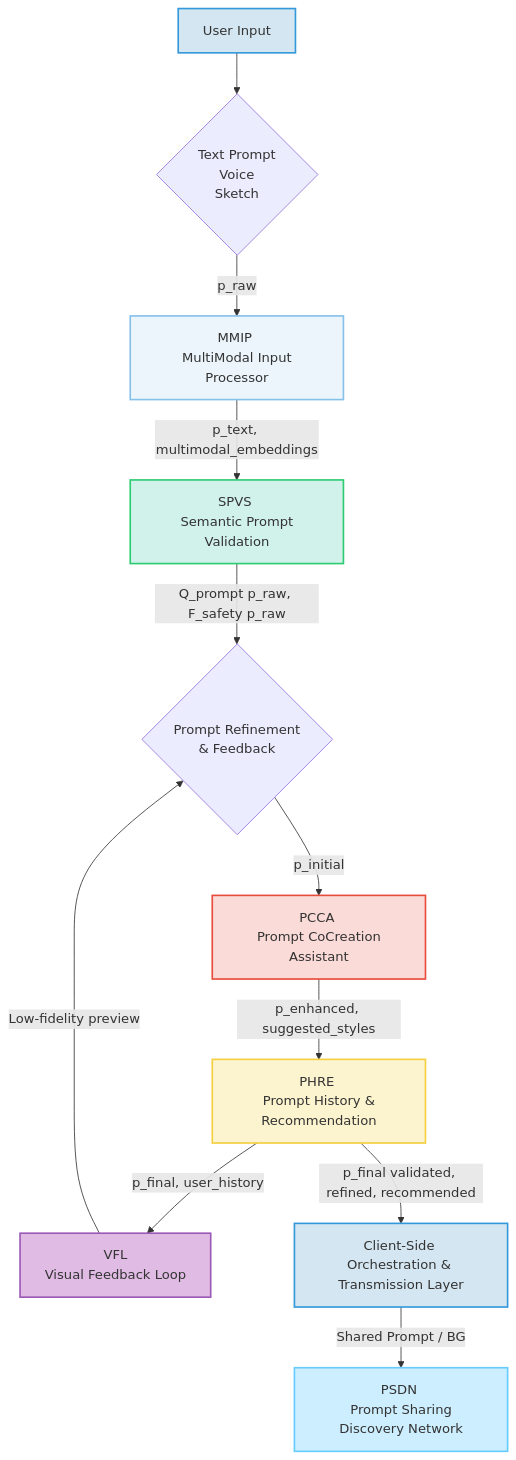
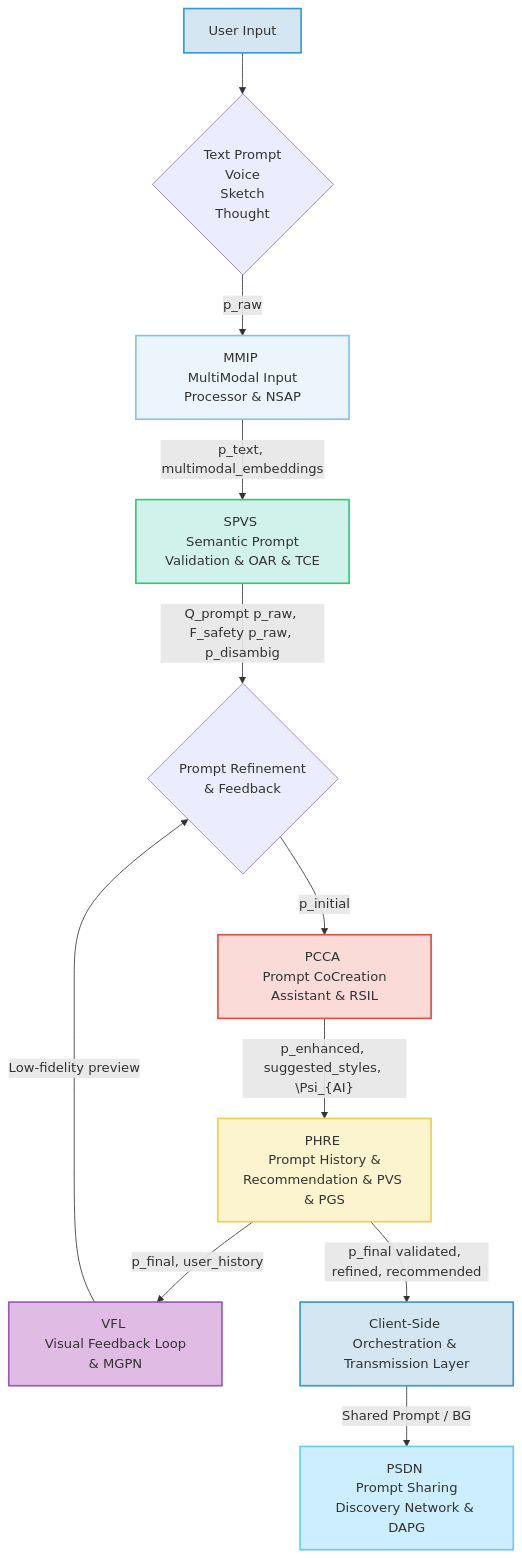
Before and after one commit to diplomat-bit/Citibank_Demo_Business_Inc_Demonstration-: the first of 12 diagrams in inventions/001_generative_ui_background.md, drawn with Mermaid. The commit also changed other lines of this file, not shown here.

````diff
--- a/inventions/001_generative_ui_background.md
+++ b/inventions/001_generative_ui_background.md
@@ -33,22 +40,22 @@
 ```mermaid
 graph TD
-    A[User Input] --> B{Text Prompt <br> Voice <br> Sketch};
-    B -- p_raw --> C[MMIP <br> MultiModal Input Processor];
-    C -- p_text, multimodal_embeddings --> D[SPVS <br> Semantic Prompt Validation];
-    D -- Q_prompt p_raw, F_safety p_raw --> E{Prompt Refinement <br> & Feedback};
-    E -- p_initial --> F[PCCA <br> Prompt CoCreation Assistant];
-    F -- p_enhanced, suggested_styles --> G[PHRE <br> Prompt History & Recommendation];
-    G -- p_final, user_history --> H[VFL <br> Visual Feedback Loop];
+    A[User Input] --> B{Text Prompt <br> Voice <br> Sketch <br> Thought};
+    B -- p_raw --> C[MMIP <br> MultiModal Input Processor & NSAP];
+    C -- p_text, multimodal_embeddings --> D[SPVS <br> Semantic Prompt Validation & OAR & TCE];
+    D -- Q_prompt p_raw, F_safety p_raw, p_disambig --> E{Prompt Refinement <br> & Feedback};
+    E -- p_initial --> F[PCCA <br> Prompt CoCreation Assistant & RSIL];
+    F -- p_enhanced, suggested_styles, \Psi_{AI} --> G[PHRE <br> Prompt History & Recommendation & PVS & PGS];
+    G -- p_final, user_history --> H[VFL <br> Visual Feedback Loop & MGPN];
     H -- Low-fidelity preview --> E;
     G -- p_final validated, refined, recommended --> I[Client-Side Orchestration & Transmission Layer];
-    I -- Shared Prompt / BG --> J[PSDN <br> Prompt Sharing Discovery Network];
+    I -- Shared Prompt / BG --> J[PSDN <br> Prompt Sharing Discovery Network & DAPG];
 
     style A fill:#D4E6F1,stroke:#3498DB,stroke-width:2px;
     style C fill:#EBF5FB,stroke:#85C1E9,stroke-width:2px;
     style D fill:#D1F2EB,stroke:#2ECC71,stroke-width:2px;
     style F fill:#FADBD8,stroke:#E74C3C,stroke-width:2px;
     style G fill:#FCF3CF,stroke:#F4D03F,stroke-width:2px;
     style H fill:#E0BBE4,stroke:#9B59B6,stroke-width:2px;
     style I fill:#D4E6F1,stroke:#3498DB,stroke-width:2px;
     style J fill:#CCEEFF,stroke:#66CCFF,stroke-width:2px;
 ```
````
